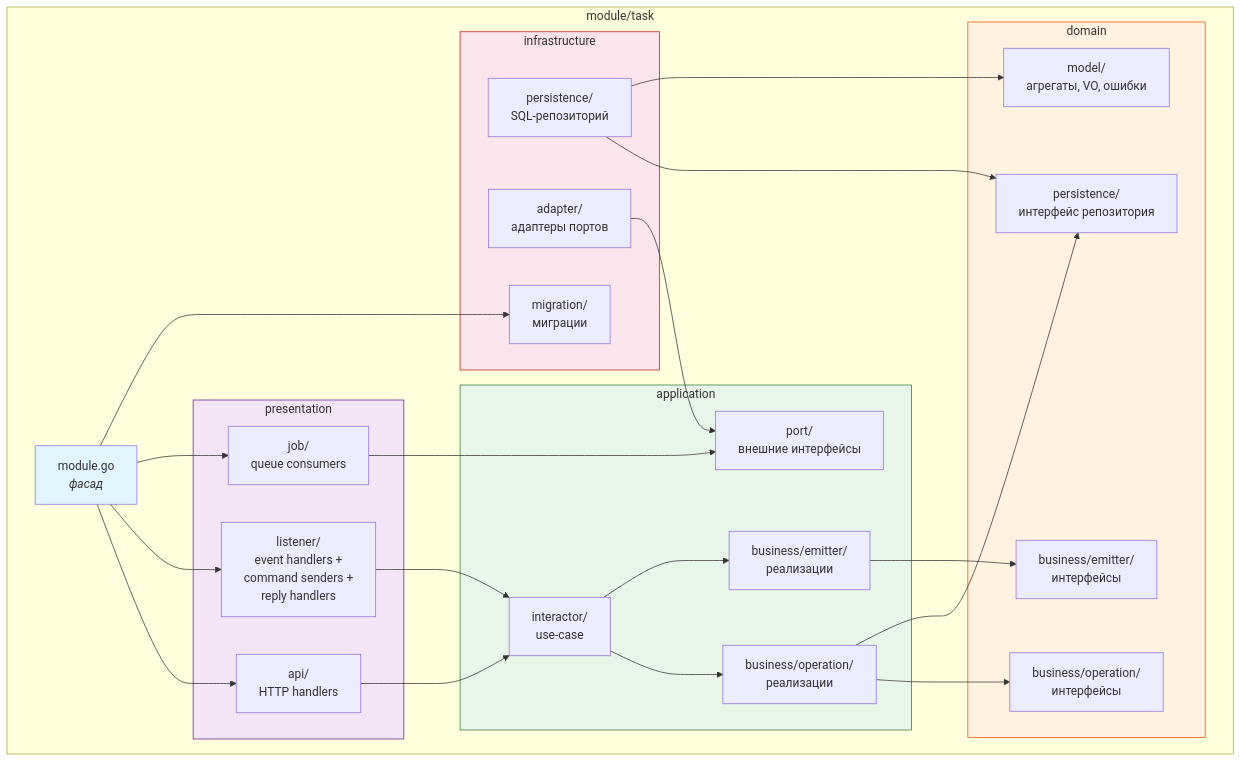
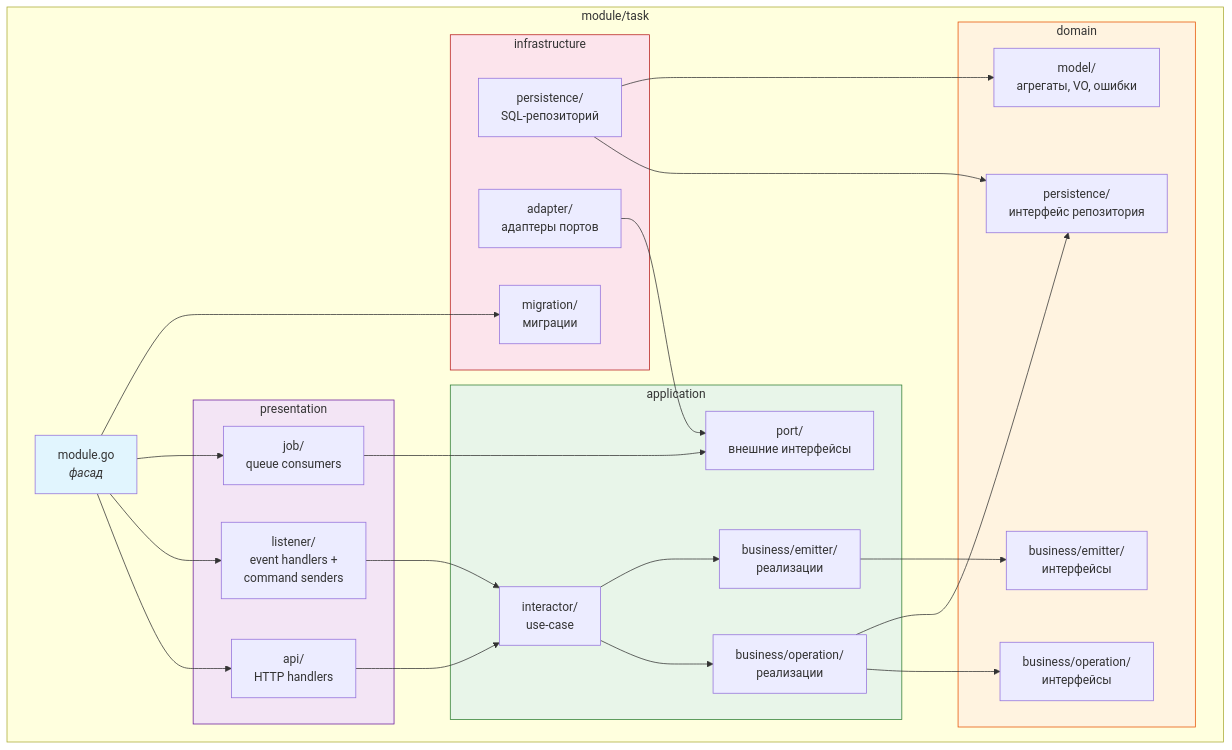
Before and after one commit to shuldan/skeleton: the fifth of 14 diagrams in README.md, drawn with Mermaid. The commit also changed other lines of this file and 16 other files, not shown here.

````diff
--- a/README.md
+++ b/README.md
@@ -368,57 +356,57 @@
 ```mermaid
 graph TB
     subgraph module["module/task"]
         FACADE["module.go<br/><i>фасад</i>"]
 
         subgraph presentation
             API["api/<br/>HTTP handlers"]
-            LST["listener/<br/>event handlers +<br/>command senders +<br/>reply handlers"]
+            LST["listener/<br/>event handlers +<br/>command senders"]
             JOB["job/<br/>queue consumers"]
         end
 
         subgraph application
             INT["interactor/<br/>use-case"]
             BIZ_OP["business/operation/<br/>реализации"]
             BIZ_EM["business/emitter/<br/>реализации"]
             PORT["port/<br/>внешние интерфейсы"]
         end
 
         subgraph domain
             MDL["model/<br/>агрегаты, VO, ошибки"]
             PER["persistence/<br/>интерфейс репозитория"]
             D_OP["business/operation/<br/>интерфейсы"]
             D_EM["business/emitter/<br/>интерфейсы"]
         end
 
         subgraph infrastructure
             I_PER["persistence/<br/>SQL-репозиторий"]
             MIG["migration/<br/>миграции"]
             ADP["adapter/<br/>адаптеры портов"]
         end
 
         API --> INT
         LST --> INT
         JOB --> PORT
 
         INT --> BIZ_OP
         INT --> BIZ_EM
         BIZ_OP --> D_OP
         BIZ_EM --> D_EM
         BIZ_OP --> PER
 
         I_PER --> PER
         I_PER --> MDL
         ADP --> PORT
 
         FACADE --> API
         FACADE --> LST
         FACADE --> JOB
         FACADE --> MIG
     end
 
     style FACADE fill:#e1f5fe
     style domain fill:#fff3e0,stroke:#e65100
     style application fill:#e8f5e9,stroke:#2e7d32
     style presentation fill:#f3e5f5,stroke:#6a1b9a
     style infrastructure fill:#fce4ec,stroke:#b71c1c
 ```
````
